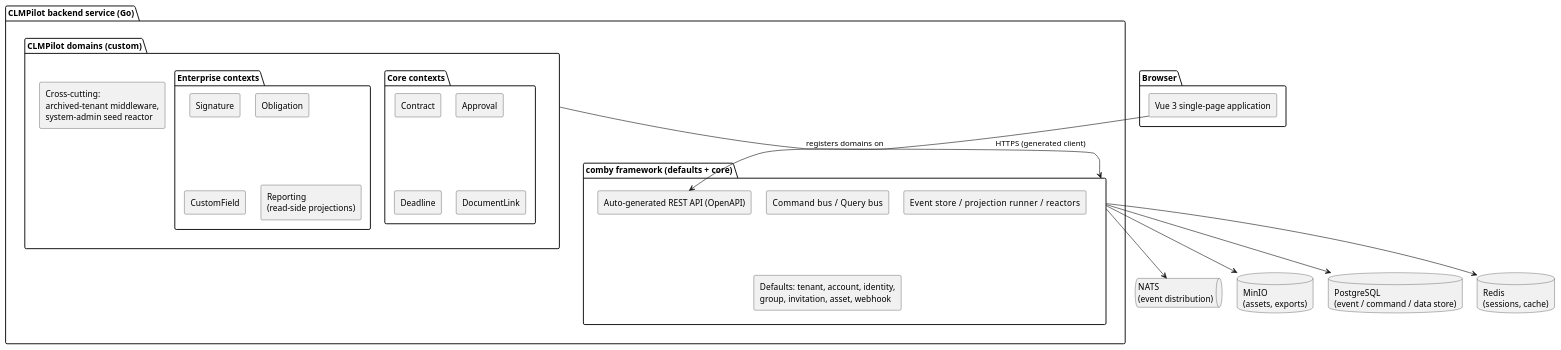
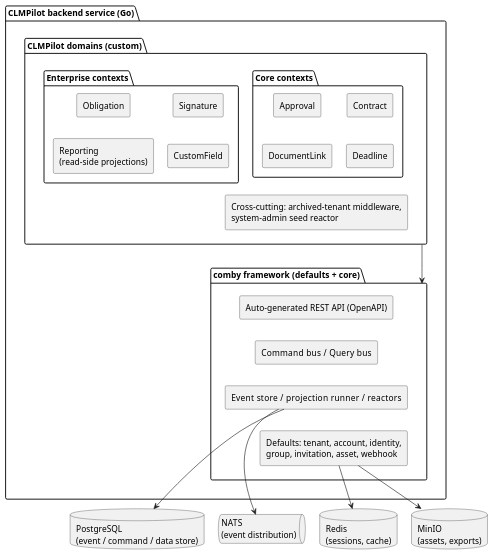
The diagram in report/Chapter3/figures/comby-layers.puml (idris-saddi/pfe-report), drawn with PlantUML before and after one commit. The commit also changed 66 other files, not shown here.

```diff
--- a/report/Chapter3/figures/comby-layers.puml
+++ b/report/Chapter3/figures/comby-layers.puml
@@ -1,51 +1,74 @@
 @startuml comby-layers
 '==============================================================================
-' Figure (Chapter II): Layering of CLMPilot on the comby framework.
-' Render:  plantuml -tpdf comby-layers.puml      (or -tpng)
+' Figure (Chapter III): Layering of CLMPilot on the comby framework.
+' Vertical layer stack: Browser -> custom domains -> comby -> data stores.
+' Layout notes:
+'  - context components are gridded 2x2 with hidden node-to-node edges
+'    (cluster-to-cluster hidden edges do not constrain ranks);
+'  - the REST API sits at the TOP of the comby stack so the browser's HTTPS
+'    edge lands on it directly;
+'  - each data store is wired from the comby component that actually uses
+'    it (node-to-node), which keeps the arrows attached and untangled.
+' Shared look comes from puml-style.iuml (injected by the Makefile).
+' Render:  make figures
 '==============================================================================
-skinparam shadowing false
-skinparam defaultFontName Helvetica
 skinparam componentStyle rectangle
-skinparam ranksep 30
-skinparam nodesep 25
-
-package "Browser" {
-  component "Vue 3 single-page application" as spa
-}
+skinparam ranksep 36
+skinparam nodesep 24
 
 package "CLMPilot backend service (Go)" {
   package "CLMPilot domains (custom)" as custom {
     package "Core contexts" as corectx {
       component "Contract" as c1
       component "Approval" as c2
       component "Deadline" as c3
       component "DocumentLink" as c4
+      c1 -[hidden]-> c3
+      c2 -[hidden]-> c4
     }
     package "Enterprise contexts" as entctx {
       component "Signature" as e1
       component "Obligation" as e2
       component "CustomField" as e3
       component "Reporting\n(read-side projections)" as e4
+      e1 -[hidden]-> e3
+      e2 -[hidden]-> e4
     }
-    component "Cross-cutting:\narchived-tenant middleware,\nsystem-admin seed reactor" as xcut
+    component "Cross-cutting: archived-tenant middleware,\nsystem-admin seed reactor" as xcut
+    c3 -[hidden]-> xcut
+    e3 -[hidden]-> xcut
   }
   package "comby framework (defaults + core)" as comby {
+    component "Auto-generated REST API (OpenAPI)" as api
     component "Command bus  /  Query bus" as buses
     component "Event store  /  projection runner  /  reactors" as core
     component "Defaults: tenant, account, identity,\ngroup, invitation, asset, webhook" as defaults
-    component "Auto-generated REST API (OpenAPI)" as api
+    api   -[hidden]-> buses
+    buses -[hidden]-> core
+    core  -[hidden]-> defaults
   }
+  ' Anchor comby centred BELOW both context packages (node-level rank
+  ' constraints; cluster-to-cluster hidden edges do not constrain ranks).
+  xcut -[hidden]-> api
+
+  custom --> comby
 }
 
+' ---------------- Data stores: one row below comby --------------------------
 database "PostgreSQL\n(event / command / data store)" as pg
+queue    "NATS\n(event distribution)" as nats
 database "Redis\n(sessions, cache)" as redis
-queue    "NATS\n(event distribution)" as nats
 database "MinIO\n(assets, exports)" as minio
 
-spa    --> api    : HTTPS (generated client)
-custom --> comby  : registers domains on
-comby  --> pg
-comby  --> redis
-comby  --> nats
-comby  --> minio
+' All 4 stores form one row BELOW the comby stack (rank anchors from its
+' bottom element)…
+defaults -[hidden]-> pg
+defaults -[hidden]-> nats
+' …and each store is wired from the comby component that uses it
+' (node-to-node, so the arrows stay attached and untangled).
+core     --> pg
+core     --> nats
+defaults --> redis
+defaults --> minio
+
 @enduml
```
